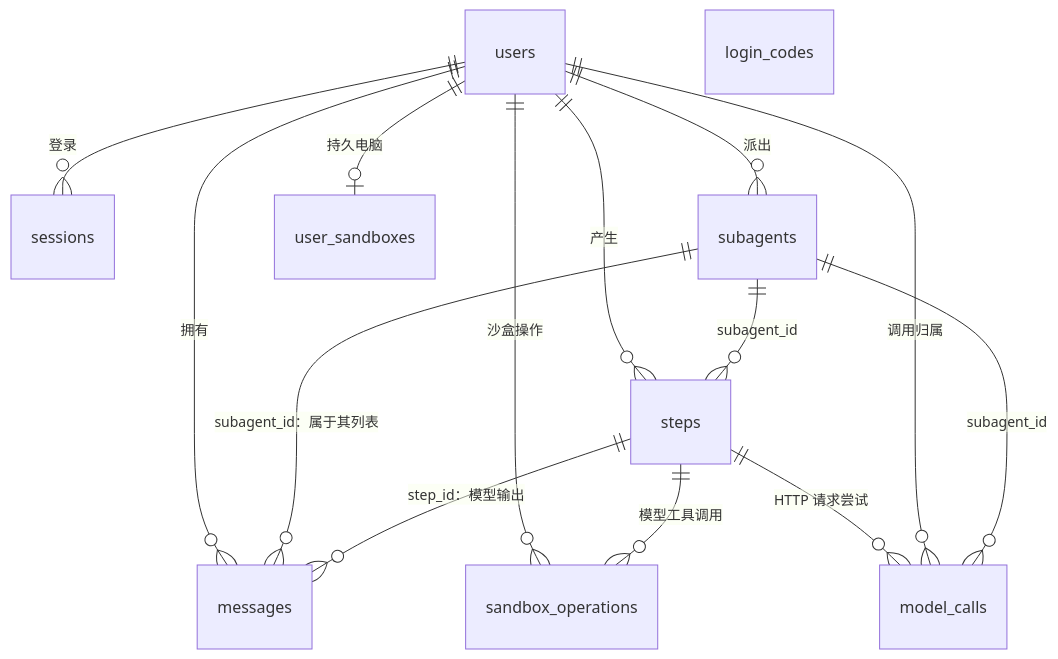
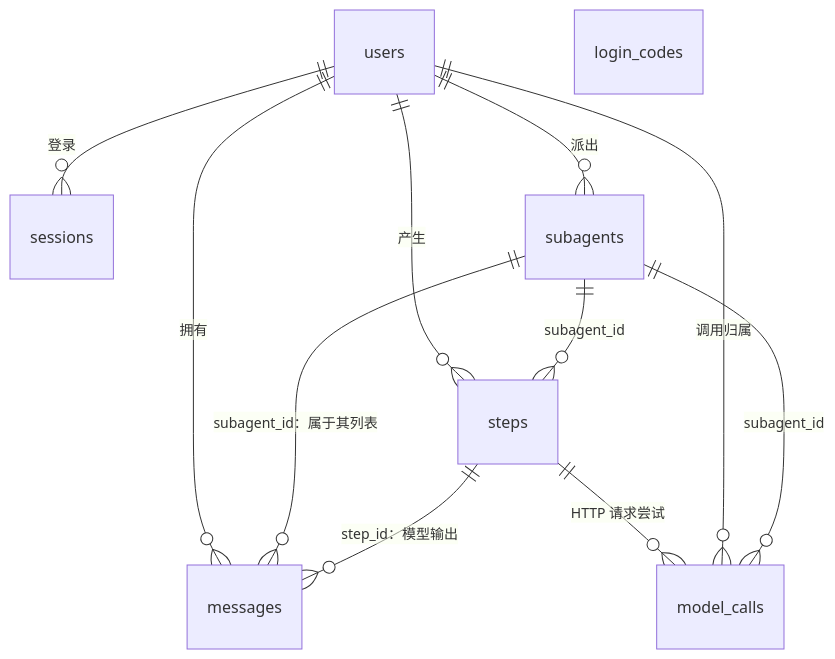
Before and after one commit to OmniNetOpensource/aether-personal: the first of 2 diagrams in docs/wiki/02-data-model.md, drawn with Mermaid. The commit also changed other lines of this file and 13 other files, not shown here.

````diff
--- a/docs/wiki/02-data-model.md
+++ b/docs/wiki/02-data-model.md
@@ -17,17 +17,14 @@
 ```mermaid
 erDiagram
     users ||--o{ sessions : "登录"
     users ||--o{ subagents : "派出"
     users ||--o{ messages : "拥有"
     users ||--o{ steps : "产生"
-    users ||--o| user_sandboxes : "持久电脑"
-    users ||--o{ sandbox_operations : "沙盒操作"
-    steps ||--o{ sandbox_operations : "模型工具调用"
     subagents ||--o{ messages : "subagent_id：属于其列表"
     subagents ||--o{ steps : "subagent_id"
     steps ||--o{ model_calls : "HTTP 请求尝试"
     users ||--o{ model_calls : "调用归属"
     subagents ||--o{ model_calls : "subagent_id"
     steps ||--o{ messages : "step_id：模型输出"
     login_codes
 ```
````
